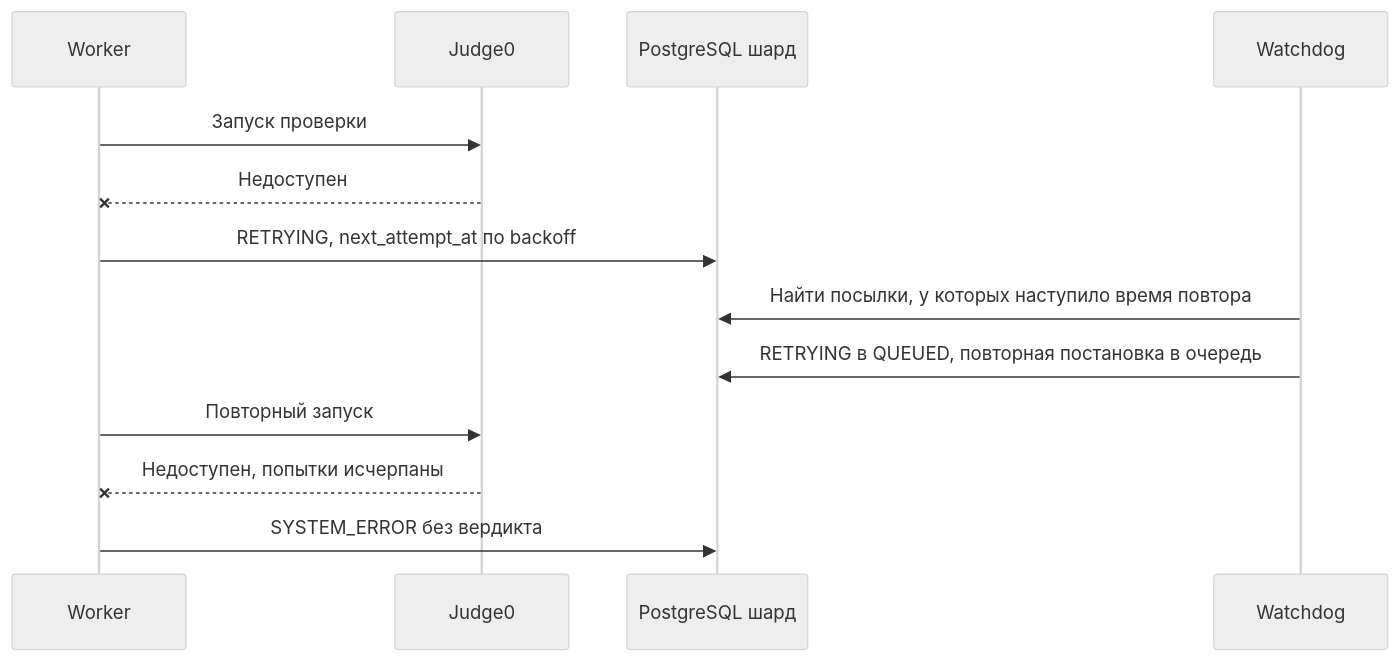
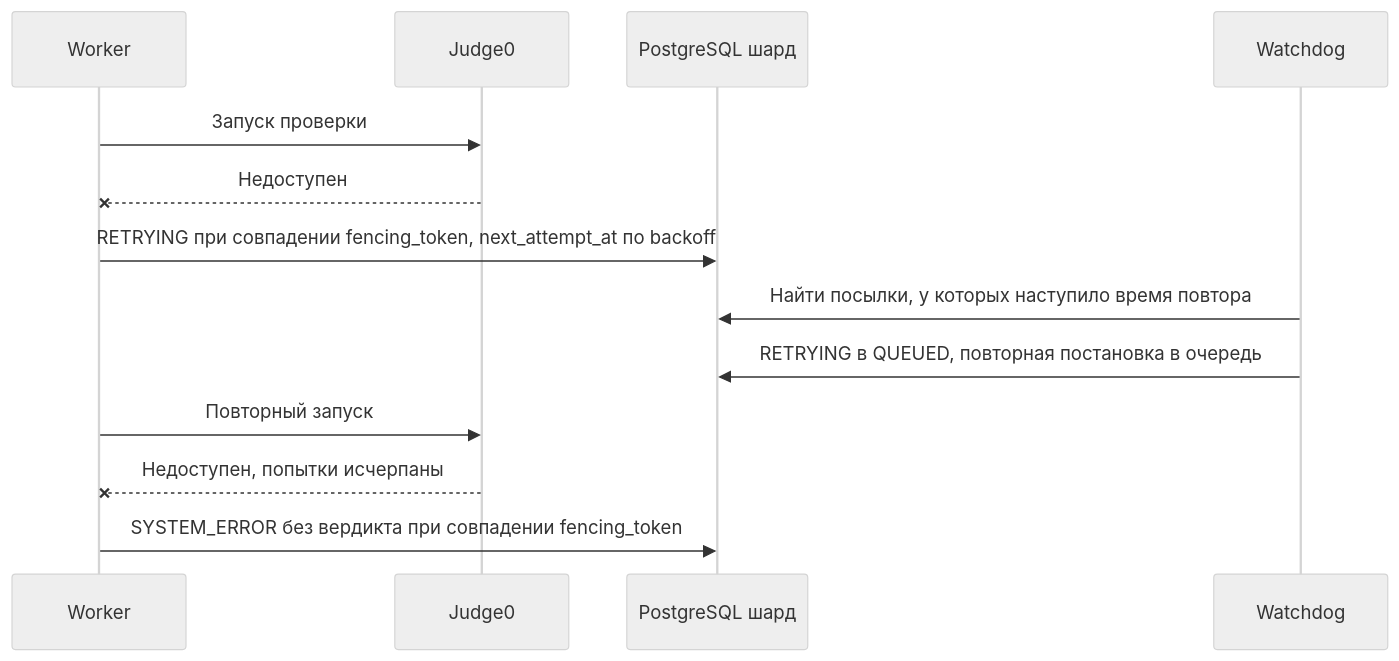
One commit to spbu-ds-practicum-2026/hotfix changed the ninth of 12 diagrams in docs/tr.md. Above: the diagram before and after it, drawn with Mermaid (neutral theme). The commit also changed other lines of this file, not shown here.

````diff
--- a/docs/tr.md
+++ b/docs/tr.md
@@ -564,16 +586,16 @@
 ```mermaid
 sequenceDiagram
   participant Worker
   participant Judge0
   participant DB as PostgreSQL шард
   participant Watchdog
 
   Worker->>Judge0: Запуск проверки
   Judge0--xWorker: Недоступен
-  Worker->>DB: RETRYING, next_attempt_at по backoff
+  Worker->>DB: RETRYING при совпадении fencing_token, next_attempt_at по backoff
   Watchdog->>DB: Найти посылки, у которых наступило время повтора
   Watchdog->>DB: RETRYING в QUEUED, повторная постановка в очередь
   Worker->>Judge0: Повторный запуск
   Judge0--xWorker: Недоступен, попытки исчерпаны
-  Worker->>DB: SYSTEM_ERROR без вердикта
+  Worker->>DB: SYSTEM_ERROR без вердикта при совпадении fencing_token
 ```
````
